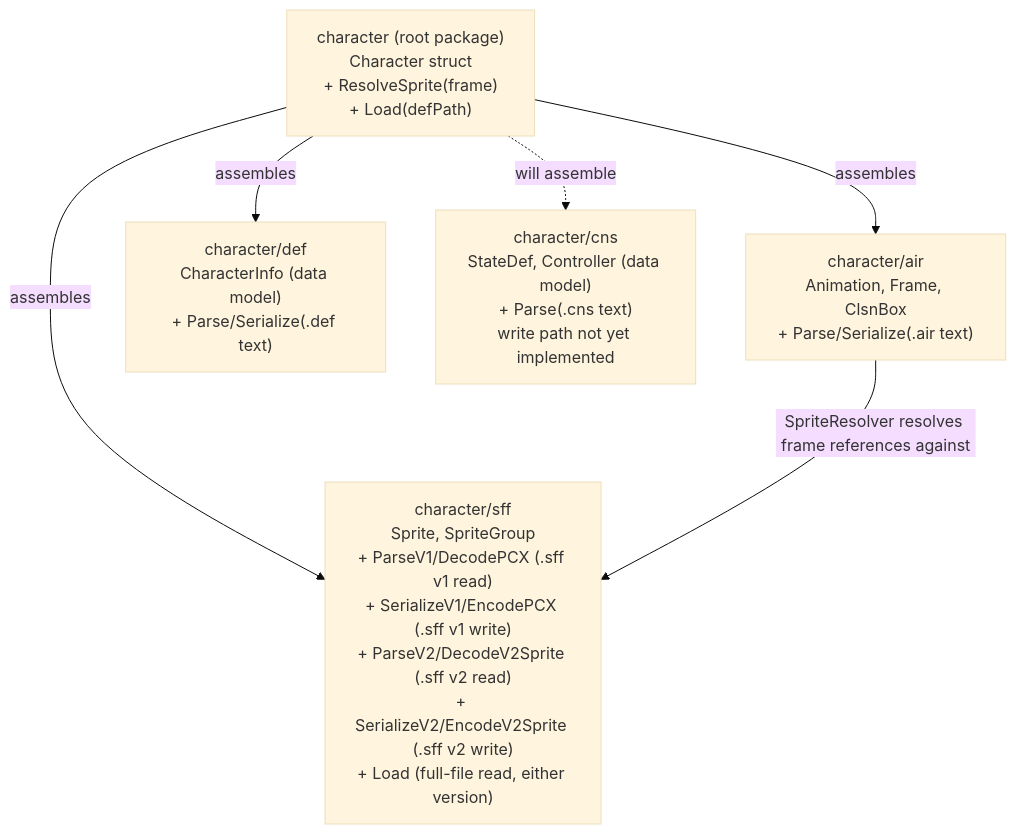
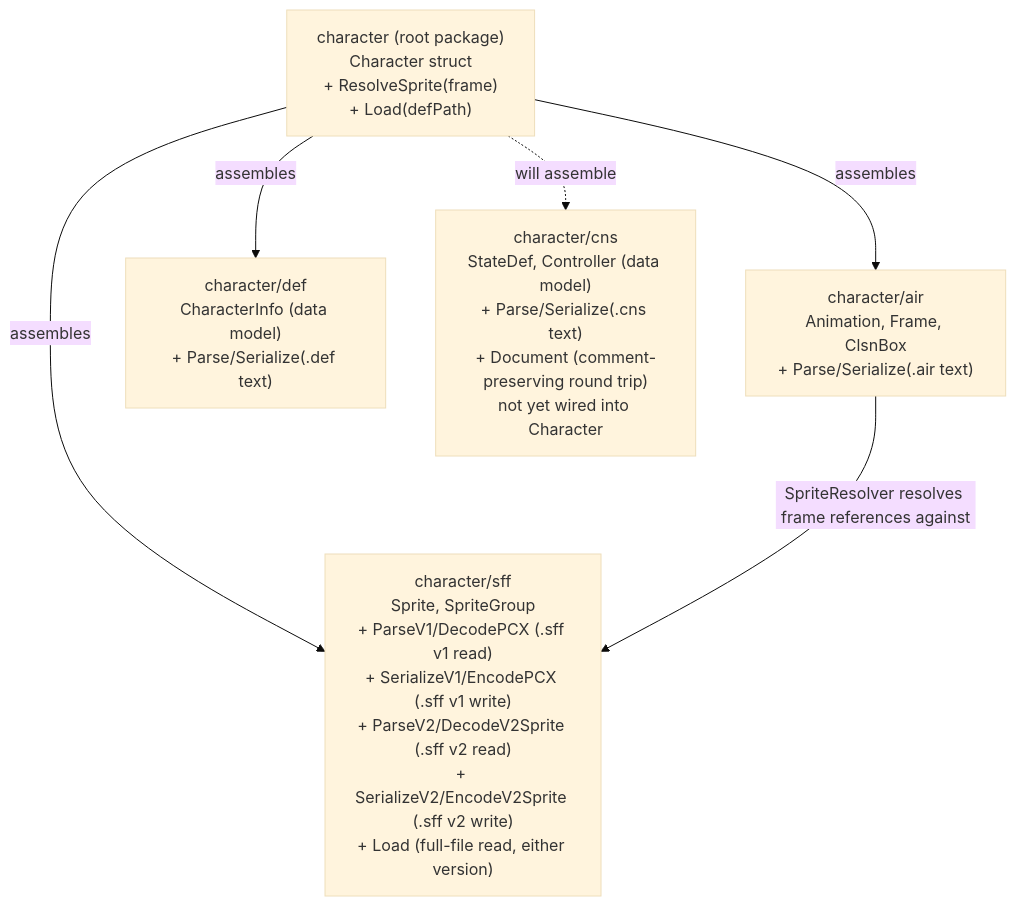
The diagram in docs/architecture.md (openkakutou/character), drawn with Mermaid (base theme) before and after one commit. The commit also changed other lines of this file and 11 other files, not shown here.

First line of the commit message:
feat: serialize .cns preserving structure with round-trip suite

````diff
--- a/docs/architecture.md
+++ b/docs/architecture.md
@@ -11,14 +11,14 @@
 ```mermaid
 graph TD
     root["character (root package)<br/>Character struct<br/>+ ResolveSprite(frame)<br/>+ Load(defPath)"]
     air["character/air<br/>Animation, Frame, ClsnBox<br/>+ Parse/Serialize(.air text)"]
     def["character/def<br/>CharacterInfo (data model)<br/>+ Parse/Serialize(.def text)"]
     sff["character/sff<br/>Sprite, SpriteGroup<br/>+ ParseV1/DecodePCX (.sff v1 read)<br/>+ SerializeV1/EncodePCX (.sff v1 write)<br/>+ ParseV2/DecodeV2Sprite (.sff v2 read)<br/>+ SerializeV2/EncodeV2Sprite (.sff v2 write)<br/>+ Load (full-file read, either version)"]
-    cns["character/cns<br/>StateDef, Controller (data model)<br/>+ Parse(.cns text)<br/>write path not yet implemented"]
+    cns["character/cns<br/>StateDef, Controller (data model)<br/>+ Parse/Serialize(.cns text)<br/>+ Document (comment-preserving round trip)<br/>not yet wired into Character"]
 
     root -->|assembles| air
     root -->|assembles| def
     root -->|assembles| sff
     root -.->|will assemble| cns
     air -->|SpriteResolver resolves frame references against| sff
 ```
````
